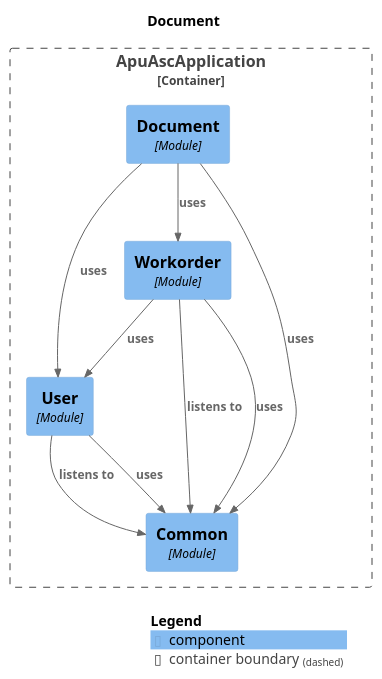
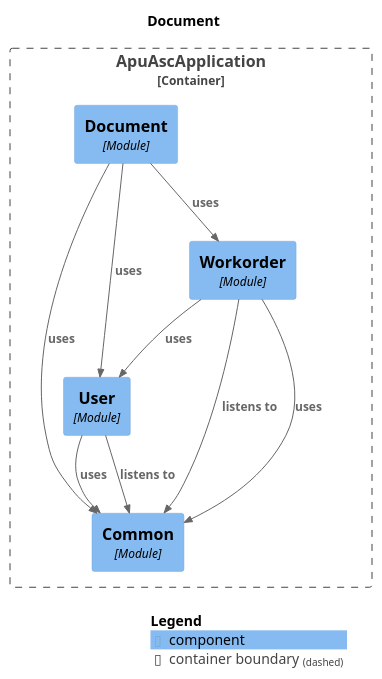
Before and after one commit to ryanlau1220/APU-ASC: the diagram in docs/diagrams/puml/module-document.puml, drawn with PlantUML. The commit also changed other lines of this file and 14 other files, not shown here.

Commit message:
reorder C4 component definitions and relationship entries for consistency across module diagrams

```diff
--- a/docs/diagrams/puml/module-document.puml
+++ b/docs/diagrams/puml/module-document.puml
@@ -1,28 +1,28 @@
 @startuml
 set separator none
 title Document
 
 top to bottom direction
 
 !include <C4/C4>
 !include <C4/C4_Context>
 !include <C4/C4_Component>
 
 Container_Boundary("ApuAscApplication.ApuAscApplication_boundary", "ApuAscApplication", $tags="") {
+  Component(ApuAscApplication.ApuAscApplication.Common, "Common", $techn="Module", $descr="", $tags="", $link="")
+  Component(ApuAscApplication.ApuAscApplication.Document, "Document", $techn="Module", $descr="", $tags="", $link="")
   Component(ApuAscApplication.ApuAscApplication.User, "User", $techn="Module", $descr="", $tags="", $link="")
   Component(ApuAscApplication.ApuAscApplication.Workorder, "Workorder", $techn="Module", $descr="", $tags="", $link="")
-  Component(ApuAscApplication.ApuAscApplication.Document, "Document", $techn="Module", $descr="", $tags="", $link="")
-  Component(ApuAscApplication.ApuAscApplication.Common, "Common", $techn="Module", $descr="", $tags="", $link="")
 }
 
+Rel(ApuAscApplication.ApuAscApplication.Document, ApuAscApplication.ApuAscApplication.Common, "uses", $techn="", $tags="", $link="")
+Rel(ApuAscApplication.ApuAscApplication.Document, ApuAscApplication.ApuAscApplication.User, "uses", $techn="", $tags="", $link="")
 Rel(ApuAscApplication.ApuAscApplication.Document, ApuAscApplication.ApuAscApplication.Workorder, "uses", $techn="", $tags="", $link="")
-Rel(ApuAscApplication.ApuAscApplication.Document, ApuAscApplication.ApuAscApplication.User, "uses", $techn="", $tags="", $link="")
-Rel(ApuAscApplication.ApuAscApplication.Document, ApuAscApplication.ApuAscApplication.Common, "uses", $techn="", $tags="", $link="")
-Rel(ApuAscApplication.ApuAscApplication.Workorder, ApuAscApplication.ApuAscApplication.Common, "listens to", $techn="", $tags="", $link="")
-Rel(ApuAscApplication.ApuAscApplication.Workorder, ApuAscApplication.ApuAscApplication.User, "uses", $techn="", $tags="", $link="")
-Rel(ApuAscApplication.ApuAscApplication.Workorder, ApuAscApplication.ApuAscApplication.Common, "uses", $techn="", $tags="", $link="")
 Rel(ApuAscApplication.ApuAscApplication.User, ApuAscApplication.ApuAscApplication.Common, "listens to", $techn="", $tags="", $link="")
 Rel(ApuAscApplication.ApuAscApplication.User, ApuAscApplication.ApuAscApplication.Common, "uses", $techn="", $tags="", $link="")
+Rel(ApuAscApplication.ApuAscApplication.Workorder, ApuAscApplication.ApuAscApplication.Common, "listens to", $techn="", $tags="", $link="")
+Rel(ApuAscApplication.ApuAscApplication.Workorder, ApuAscApplication.ApuAscApplication.Common, "uses", $techn="", $tags="", $link="")
+Rel(ApuAscApplication.ApuAscApplication.Workorder, ApuAscApplication.ApuAscApplication.User, "uses", $techn="", $tags="", $link="")
 
 SHOW_LEGEND(true)
 @enduml
```
